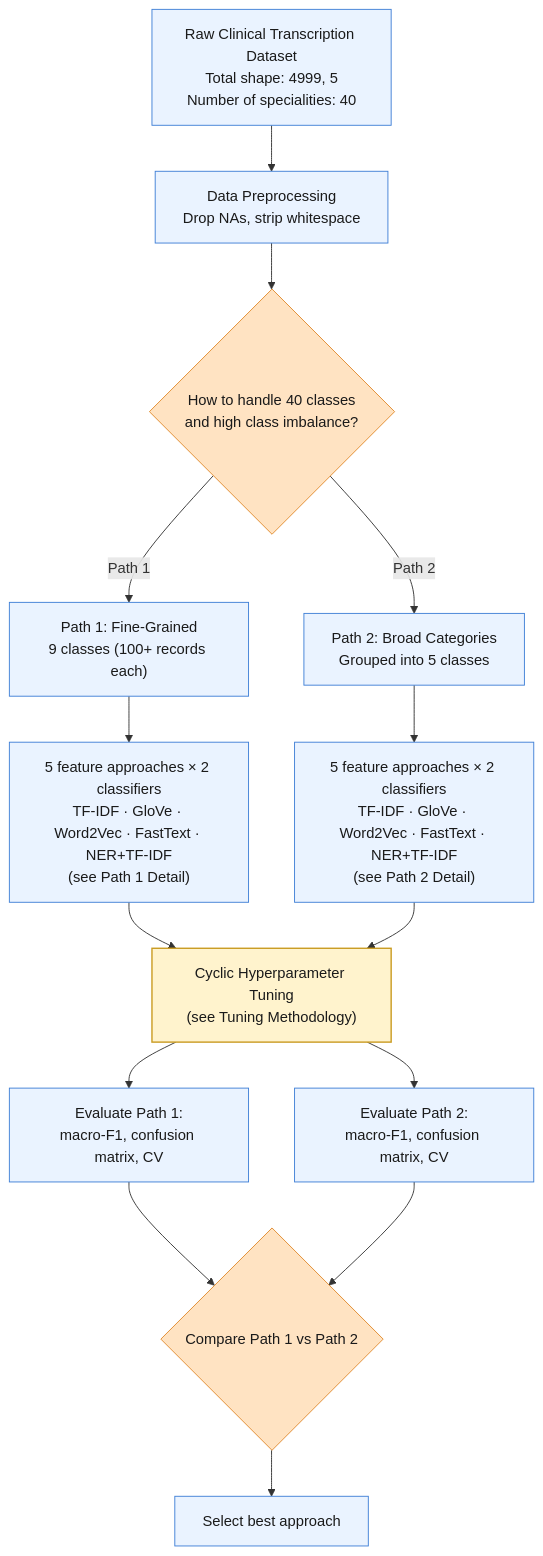
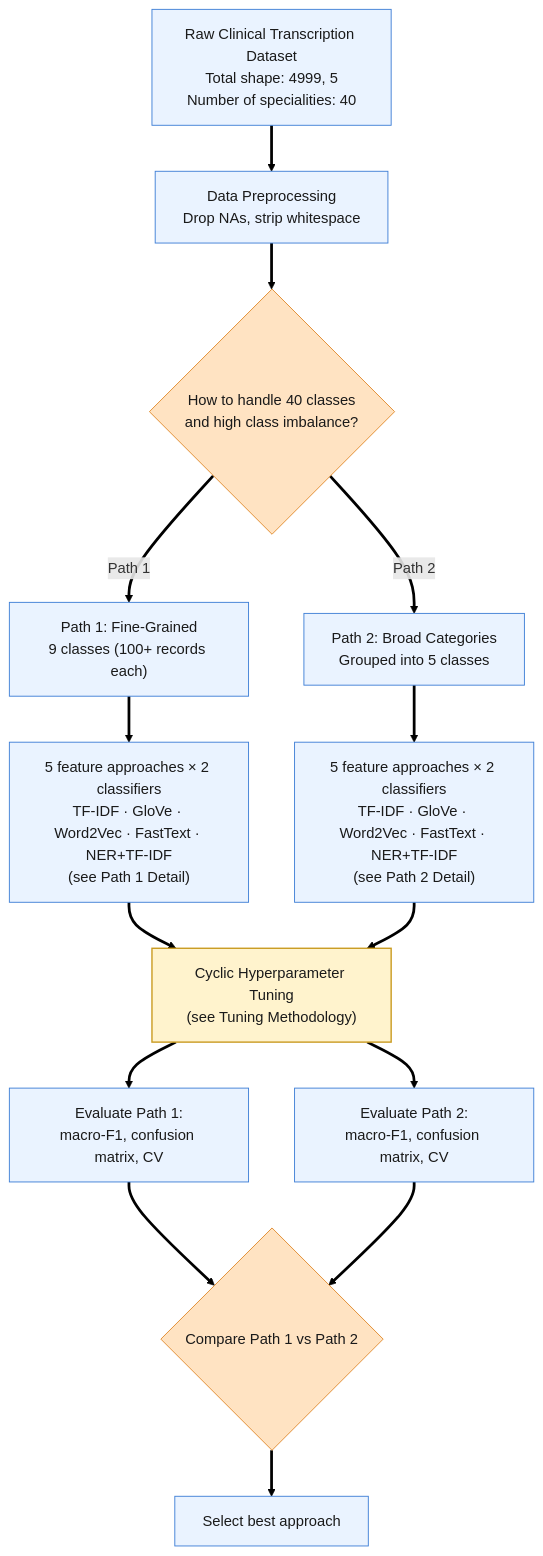
The first of 5 diagrams in project_5/README.md (Simon-Kimanzi/Eneza-Data-Science-Residential-training-2026), drawn with Mermaid before and after one commit. The commit also changed other lines of this file and 3 other files, not shown here.

````diff
--- a/project_5/README.md
+++ b/project_5/README.md
@@ -7,27 +75,29 @@
 ```mermaid
 flowchart TD
     A["Raw Clinical Transcription Dataset<br/>Total shape: 4999, 5<br/>Number of specialities: 40"] --> B["Data Preprocessing<br/>Drop NAs, strip whitespace"]
     B --> C{"How to handle 40 classes<br/>and high class imbalance?"}
     C -->|Path 1| D["Path 1: Fine-Grained<br/>9 classes (100+ records each)"]
     C -->|Path 2| E["Path 2: Broad Categories<br/>Grouped into 5 classes"]
  
     D --> D2["5 feature approaches × 2 classifiers<br/>TF-IDF · GloVe · Word2Vec · FastText · NER+TF-IDF<br/>(see Path 1 Detail)"]
     E --> E2["5 feature approaches × 2 classifiers<br/>TF-IDF · GloVe · Word2Vec · FastText · NER+TF-IDF<br/>(see Path 2 Detail)"]
  
     D2 --> HP["Cyclic Hyperparameter Tuning<br/>(see Tuning Methodology)"]
     E2 --> HP
  
     HP --> H["Evaluate Path 1:<br/>macro-F1, confusion matrix, CV"]
     HP --> I["Evaluate Path 2:<br/>macro-F1, confusion matrix, CV"]
  
     H --> J{"Compare Path 1 vs Path 2"}
     I --> J
     J --> K[Select best approach]
  
     classDef box fill:#eaf3ff,stroke:#3f7fd6,stroke-width:1px,color:#1a1a1a;
     classDef decision fill:#ffe3c2,stroke:#e08a2c,stroke-width:1px,color:#1a1a1a;
     classDef tuning fill:#fff3cd,stroke:#c99a1f,stroke-width:1.5px,color:#1a1a1a;
     class A,B,D,E,D2,E2,H,I,K box;
     class C,J decision;
     class HP tuning;
+
+    linkStyle default stroke-width:3px,stroke:black;
 ```
````
